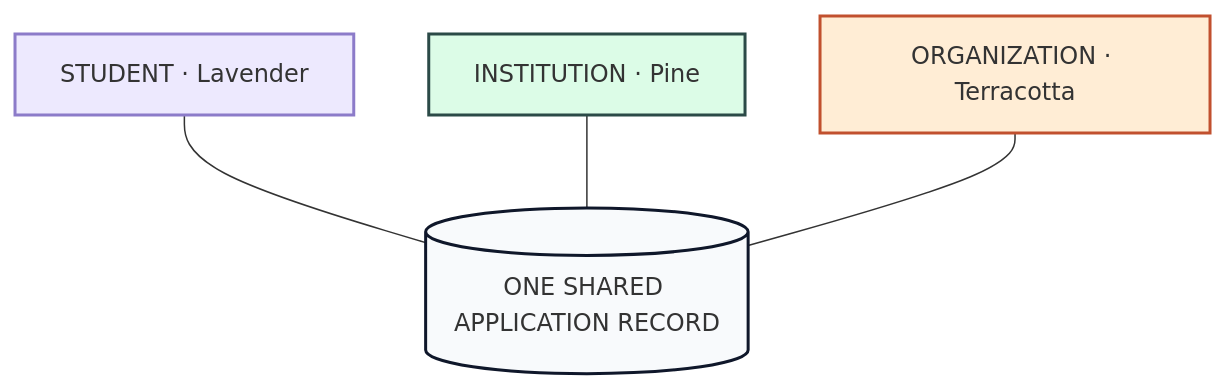
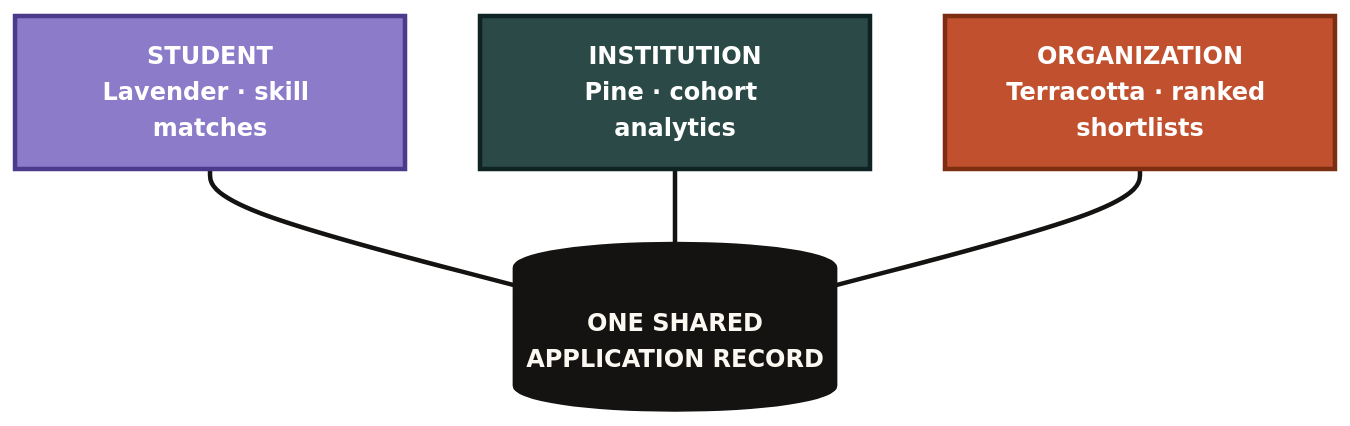
The second of 7 diagrams in README.md (ayushjha-dev/RISE), drawn with Mermaid before and after one commit. The commit also changed other lines of this file, not shown here.

Commit message:
Make README diagrams high-contrast and attractive

````diff
--- a/README.md
+++ b/README.md
@@ -171,10 +176,17 @@
 ```mermaid
+%%{init: {'theme': 'base', 'themeVariables': {'fontSize': '16px', 'fontFamily': 'Inter, system-ui, sans-serif', 'lineColor': '#141311'}}}%%
 flowchart TB
-    S["STUDENT · Lavender"] --- R[("ONE SHARED APPLICATION RECORD")]
-    I["INSTITUTION · Pine"] --- R
-    O["ORGANIZATION · Terracotta"] --- R
-    style S fill:#ede9fe,stroke:#8c7bc9,stroke-width:2px
-    style I fill:#dcfce7,stroke:#2b4a47,stroke-width:2px
-    style O fill:#ffedd5,stroke:#c1502e,stroke-width:2px
-    style R fill:#f8fafc,stroke:#0f172a,stroke-width:2px
+    S["<b>STUDENT</b><br/>Lavender · skill matches"]
+    I["<b>INSTITUTION</b><br/>Pine · cohort analytics"]
+    O["<b>ORGANIZATION</b><br/>Terracotta · ranked shortlists"]
+    R[("ONE SHARED<br/>APPLICATION RECORD")]
+    S --- R
+    I --- R
+    O --- R
+    classDef student fill:#8c7bc9,stroke:#4c3a8c,stroke-width:3px,color:#fff,font-weight:bold;
+    classDef pine fill:#2b4a47,stroke:#0f2422,stroke-width:3px,color:#fff,font-weight:bold;
+    classDef terra fill:#c1502e,stroke:#7c2d12,stroke-width:3px,color:#fff,font-weight:bold;
+    classDef record fill:#141311,stroke:#141311,stroke-width:3px,color:#fbf8f2,font-weight:bold;
+    class S student; class I pine; class O terra; class R record;
+    linkStyle 0,1,2 stroke:#141311,stroke-width:3px;
 ```
````
